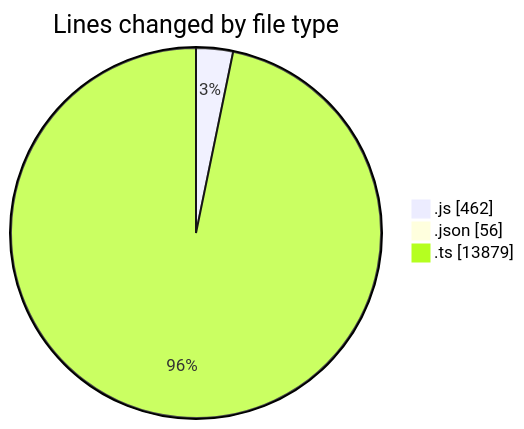
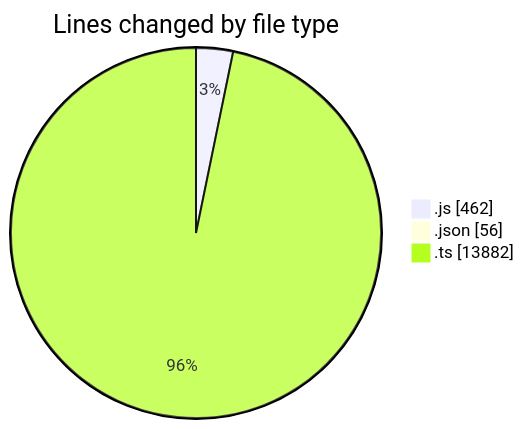
The first of 2 diagrams in 2025-09-04/cda/README.md (momahboobian/code-tracking), drawn with Mermaid before and after one commit. The commit also changed other lines of this file and 1 other file, not shown here.

````diff
--- a/2025-09-04/cda/README.md
+++ b/2025-09-04/cda/README.md
@@ -32,7 +32,7 @@
 ```mermaid
 pie showData
 title Lines changed by file type
 ".js" : 462
 ".json" : 56
-".ts" : 13879
+".ts" : 13882
 ```
````
